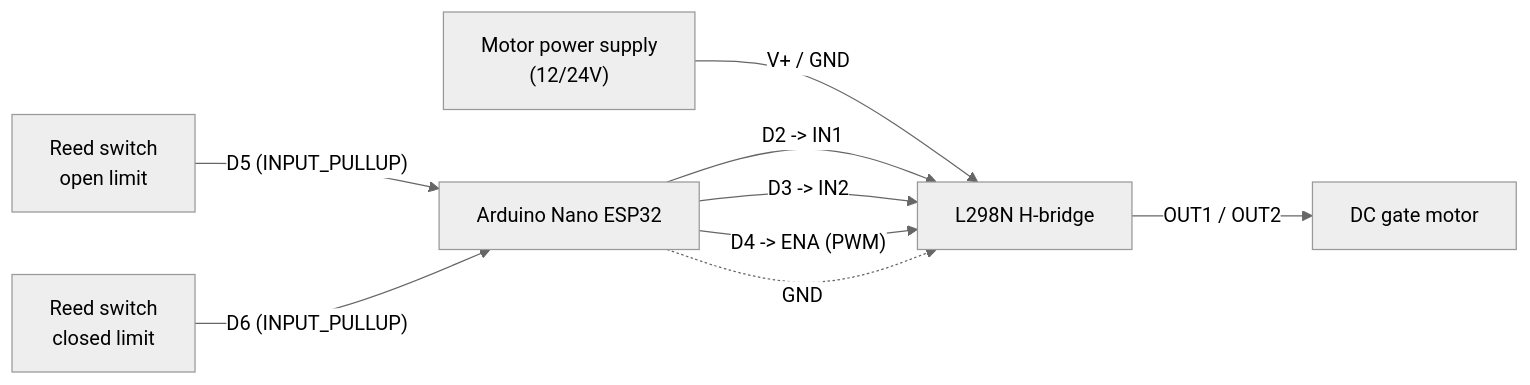
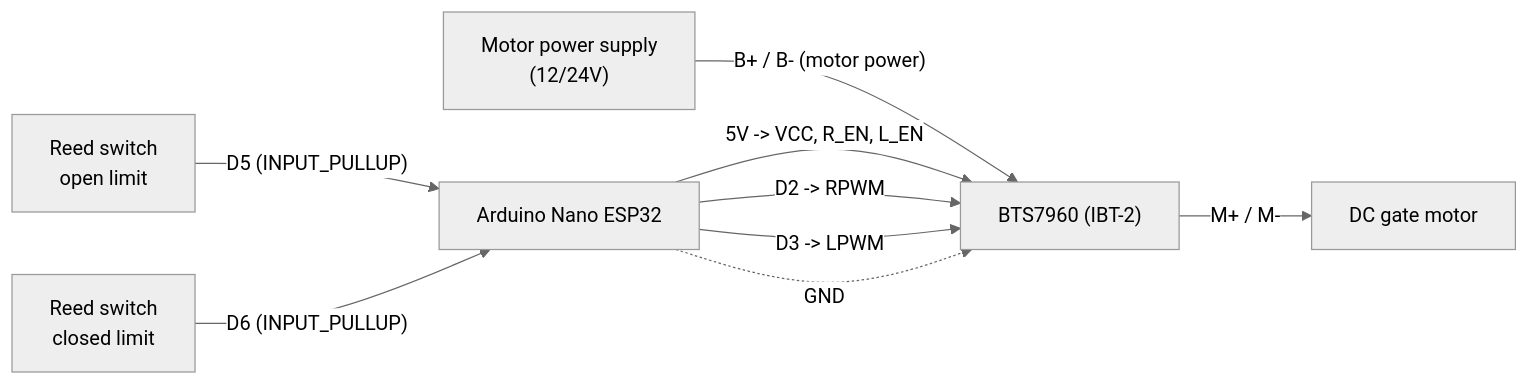
One commit to narin10101014-creator/smart-gate-controller changed the diagram in docs/hardware.md. Above: the diagram before and after it, drawn with Mermaid (neutral theme). The commit also changed other lines of this file and 7 other files, not shown here.

````diff
--- a/docs/hardware.md
+++ b/docs/hardware.md
@@ -19,21 +19,21 @@
 ```mermaid
 graph LR
     PSU["Motor power supply\n(12/24V)"]
     NANO["Arduino Nano ESP32"]
-    L298["L298N H-bridge"]
+    BTS["BTS7960 (IBT-2)"]
     MOTOR["DC gate motor"]
     ROPEN["Reed switch\nopen limit"]
     RCLOSE["Reed switch\nclosed limit"]
 
-    PSU -->|V+ / GND| L298
-    L298 -->|OUT1 / OUT2| MOTOR
+    PSU -->|"B+ / B- (motor power)"| BTS
+    BTS -->|M+ / M-| MOTOR
 
-    NANO -->|"D2 -> IN1"| L298
-    NANO -->|"D3 -> IN2"| L298
-    NANO -->|"D4 -> ENA (PWM)"| L298
+    NANO -->|"5V -> VCC, R_EN, L_EN"| BTS
+    NANO -->|"D2 -> RPWM"| BTS
+    NANO -->|"D3 -> LPWM"| BTS
 
     ROPEN -->|"D5 (INPUT_PULLUP)"| NANO
     RCLOSE -->|"D6 (INPUT_PULLUP)"| NANO
 
-    NANO -.->|GND| L298
+    NANO -.->|GND| BTS
 ```
````
